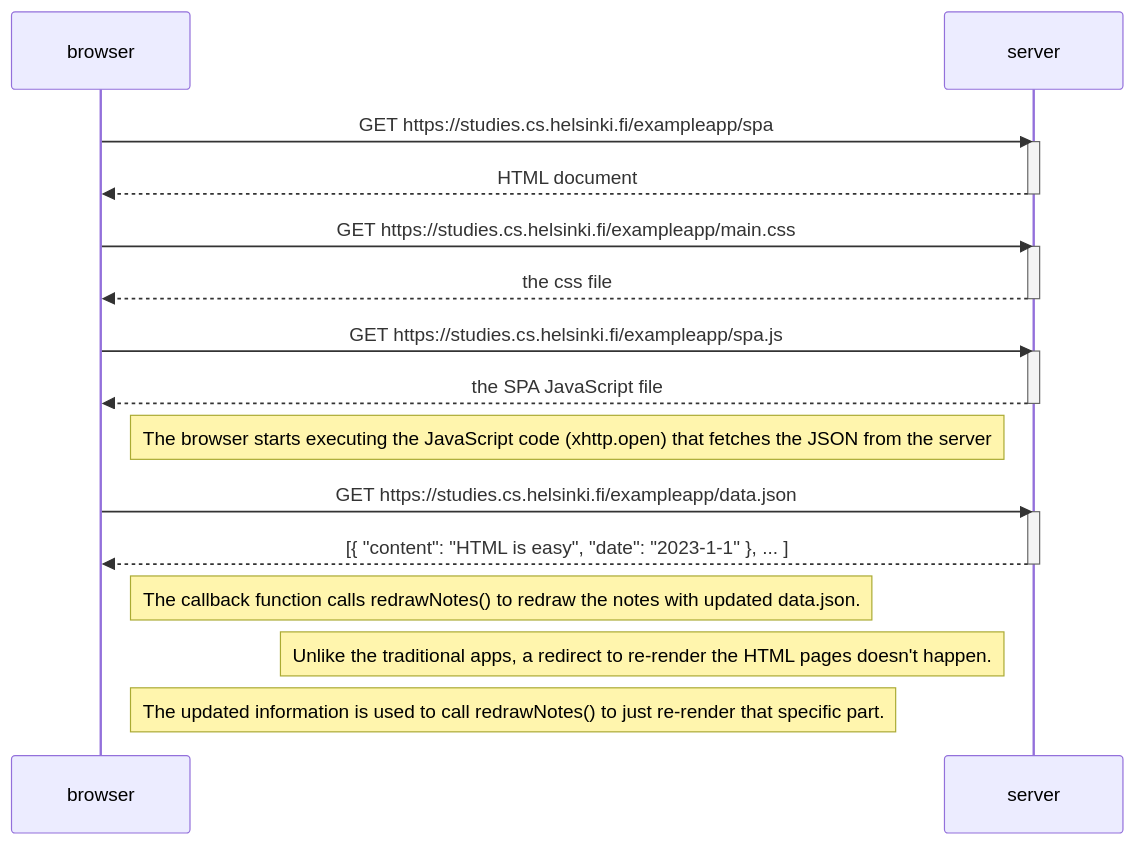
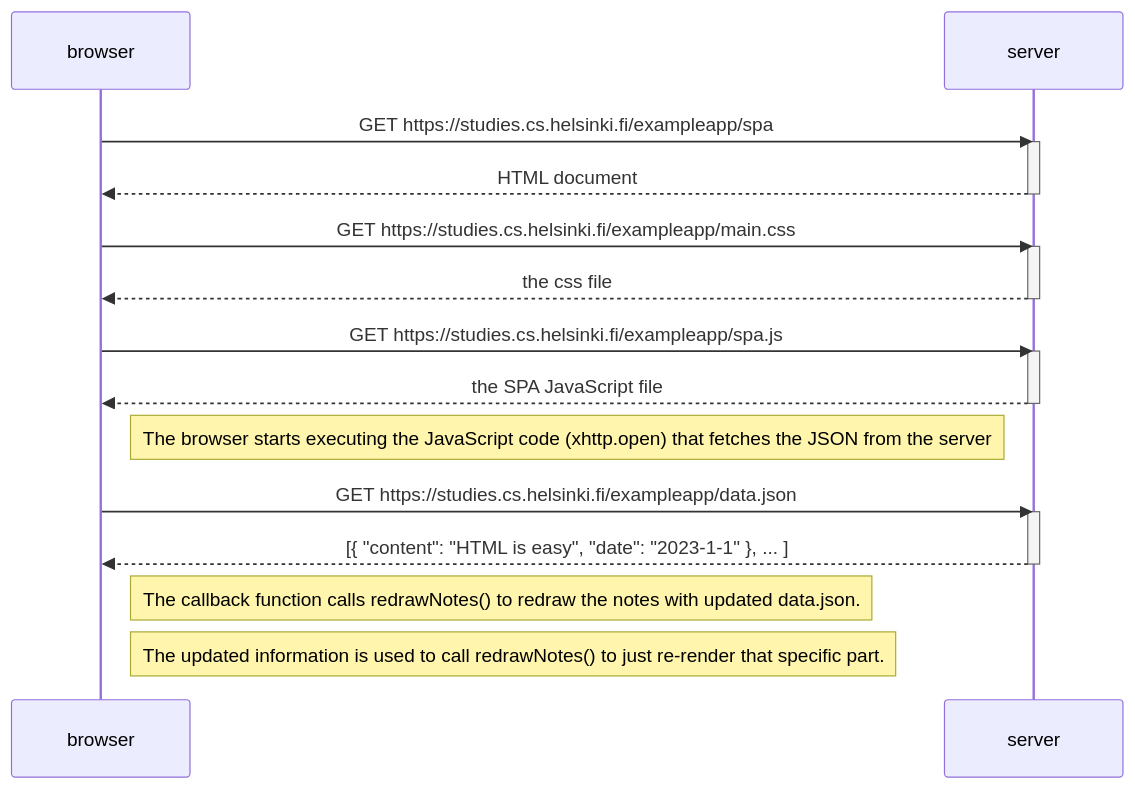
One commit to hakanyalniz/FullStackCourse changed the diagram in part0/SPADiagram/SPADiagram.mmd. Above: the diagram before and after it, drawn with Mermaid. The commit also changed 1 other file, not shown here.

Commit message:
Changed SPADiagram to be more accurate for initial load.

```diff
--- a/part0/SPADiagram/SPADiagram.mmd
+++ b/part0/SPADiagram/SPADiagram.mmd
@@ -1,29 +1,28 @@
 sequenceDiagram
     participant browser
     participant server
 
     browser->>server: GET https://studies.cs.helsinki.fi/exampleapp/spa
     activate server
     server-->>browser: HTML document
     deactivate server
 
     browser->>server: GET https://studies.cs.helsinki.fi/exampleapp/main.css
     activate server
     server-->>browser: the css file
     deactivate server
 
     browser->>server: GET https://studies.cs.helsinki.fi/exampleapp/spa.js
     activate server
     server-->>browser: the SPA JavaScript file
     deactivate server
 
     Note right of browser: The browser starts executing the JavaScript code (xhttp.open) that fetches the JSON from the server
 
     browser->>server: GET https://studies.cs.helsinki.fi/exampleapp/data.json
     activate server
     server-->>browser: [{ "content": "HTML is easy", "date": "2023-1-1" }, ... ]
     deactivate server
 
     Note right of browser: The callback function calls redrawNotes() to redraw the notes with updated data.json.
-    Note left of server: Unlike the traditional apps, a redirect to re-render the HTML pages doesn't happen.
     Note right of browser: The updated information is used to call redrawNotes() to just re-render that specific part.
```
